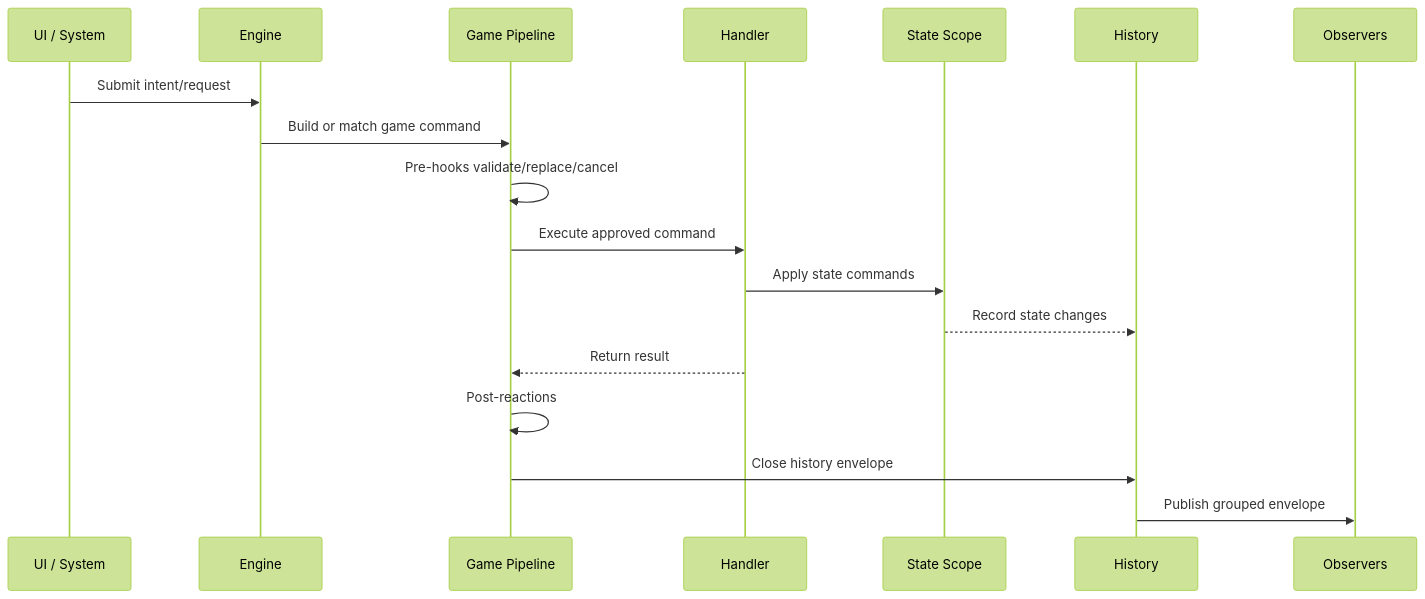
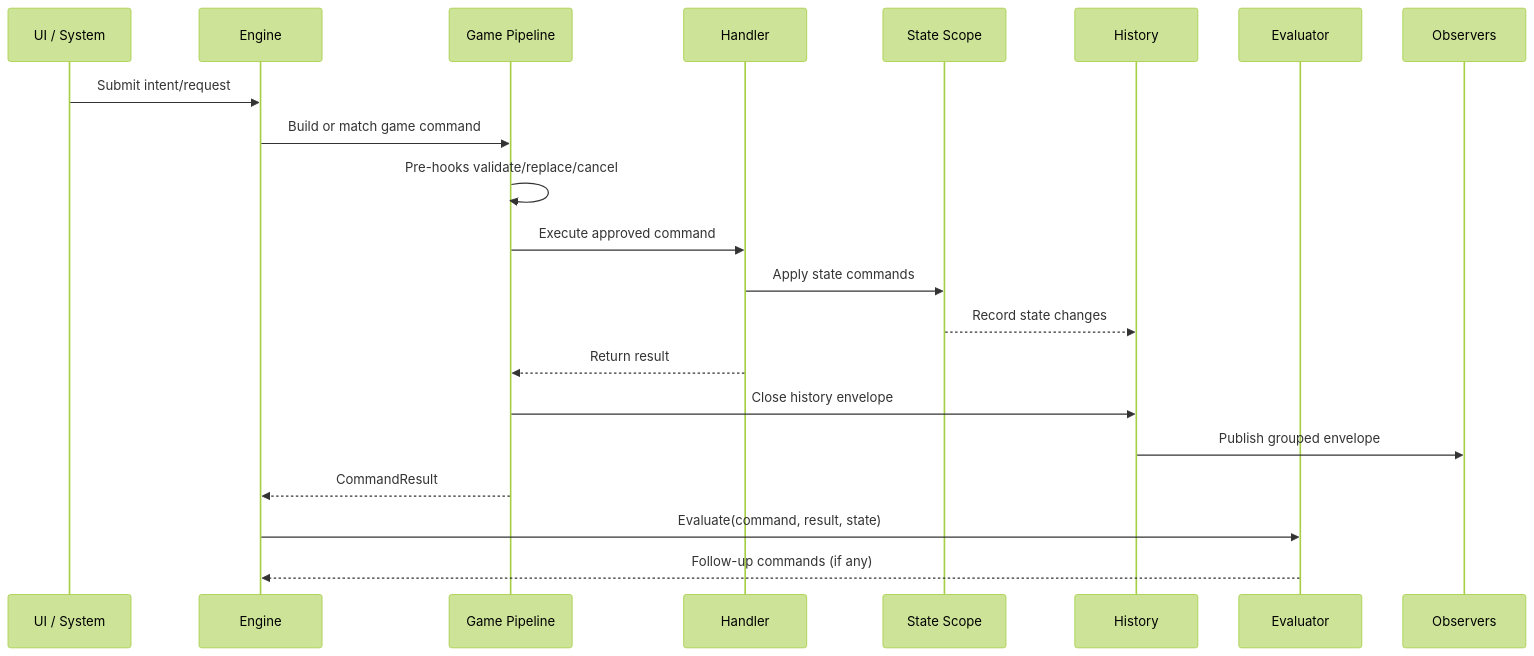
Before and after one commit to MgCohen/Card-Framework: the diagram in RESEARCH/15-action-request-command-history-model.md, drawn with Mermaid (forest theme). The commit also changed other lines of this file and 6 other files, not shown here.

````diff
--- a/RESEARCH/15-action-request-command-history-model.md
+++ b/RESEARCH/15-action-request-command-history-model.md
@@ -51,21 +51,24 @@
 ```mermaid
 sequenceDiagram
   participant UI as UI / System
   participant Engine as Engine
   participant Pipe as Game Pipeline
   participant Handler as Handler
   participant State as State Scope
   participant Hist as History
+  participant Eval as Evaluator
   participant Obs as Observers
 
   UI->>Engine: Submit intent/request
   Engine->>Pipe: Build or match game command
   Pipe->>Pipe: Pre-hooks validate/replace/cancel
   Pipe->>Handler: Execute approved command
   Handler->>State: Apply state commands
   State-->>Hist: Record state changes
   Handler-->>Pipe: Return result
-  Pipe->>Pipe: Post-reactions
   Pipe->>Hist: Close history envelope
   Hist->>Obs: Publish grouped envelope
+  Pipe-->>Engine: CommandResult
+  Engine->>Eval: Evaluate(command, result, state)
+  Eval-->>Engine: Follow-up commands (if any)
 ```
````
